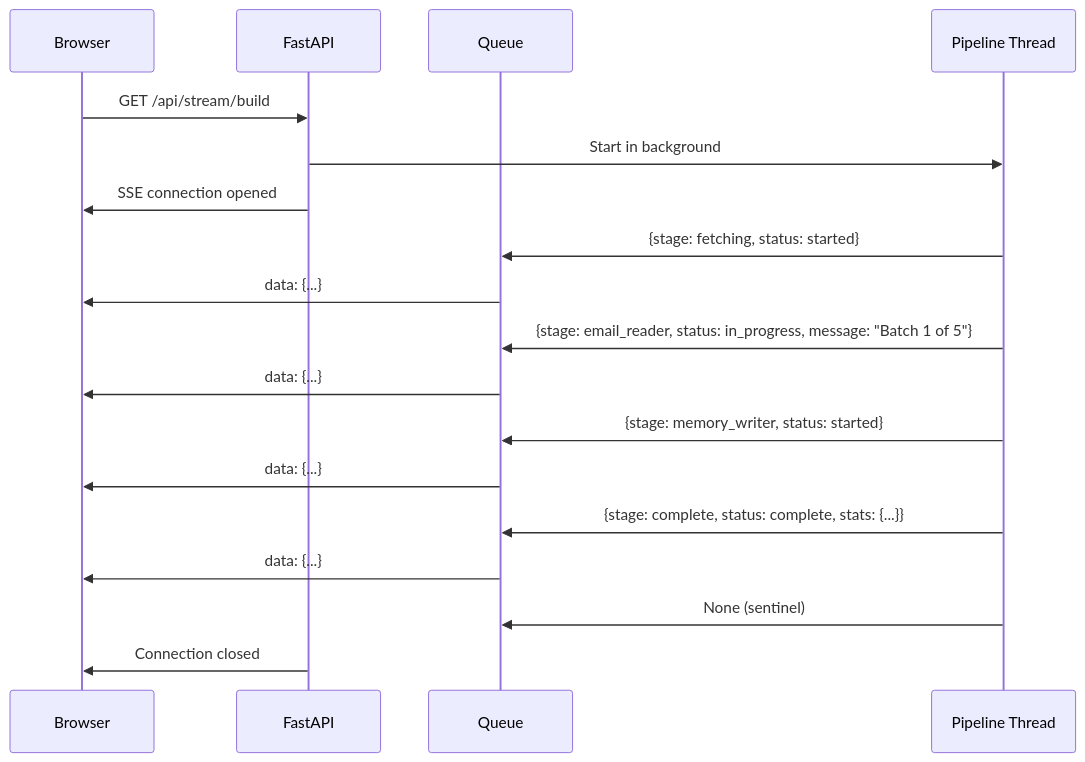
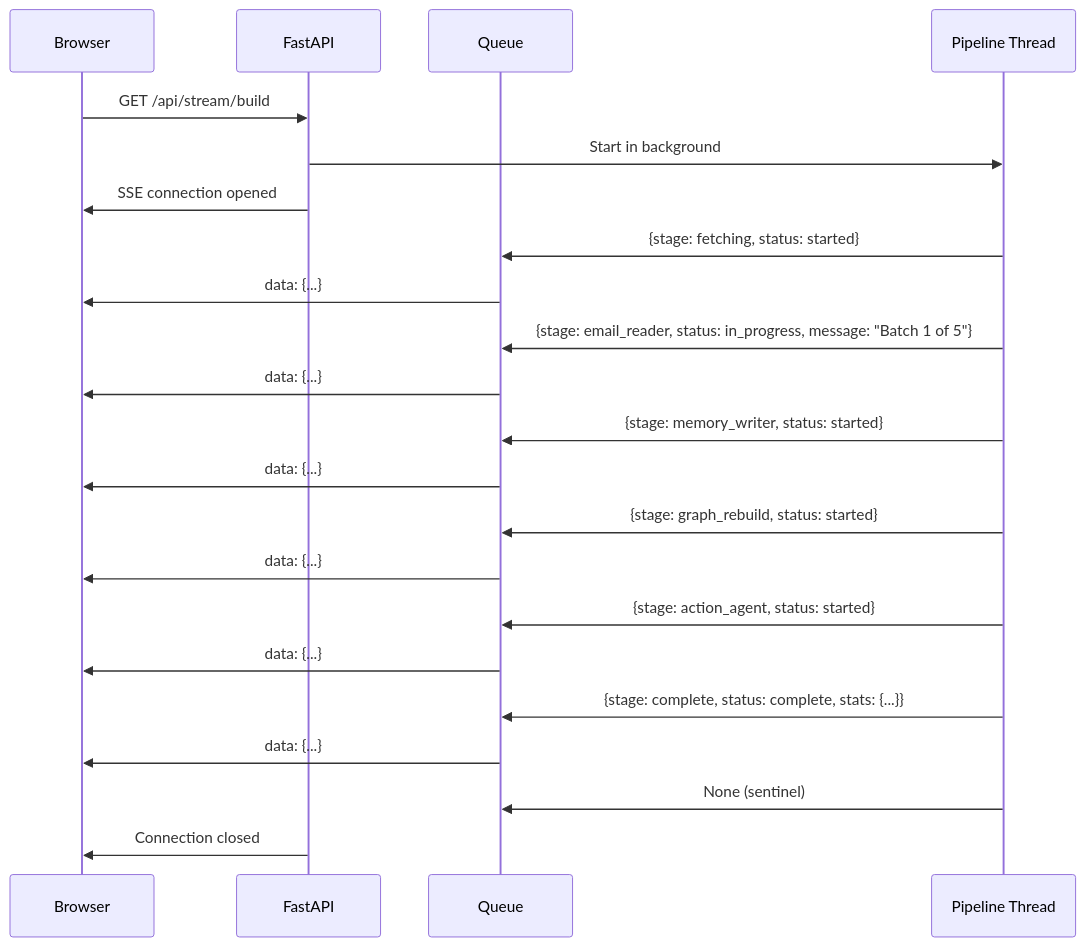
Before and after one commit to ifeanyi-okafor/email-memory-agent: the first of 2 diagrams in docs/event-flow.md, drawn with Mermaid. The commit also changed other lines of this file and 7 other files, not shown here.

First line of the commit message:
Update docs for Action Required + Knowledge Graph feature

````diff
--- a/docs/event-flow.md
+++ b/docs/event-flow.md
@@ -7,26 +7,32 @@
 ```mermaid
 sequenceDiagram
     participant Browser
     participant FastAPI
     participant Queue
     participant Pipeline Thread
 
     Browser->>FastAPI: GET /api/stream/build
     FastAPI->>Pipeline Thread: Start in background
     FastAPI->>Browser: SSE connection opened
 
     Pipeline Thread->>Queue: {stage: fetching, status: started}
     Queue->>Browser: data: {...}
 
     Pipeline Thread->>Queue: {stage: email_reader, status: in_progress, message: "Batch 1 of 5"}
     Queue->>Browser: data: {...}
 
     Pipeline Thread->>Queue: {stage: memory_writer, status: started}
     Queue->>Browser: data: {...}
 
+    Pipeline Thread->>Queue: {stage: graph_rebuild, status: started}
+    Queue->>Browser: data: {...}
+
+    Pipeline Thread->>Queue: {stage: action_agent, status: started}
+    Queue->>Browser: data: {...}
+
     Pipeline Thread->>Queue: {stage: complete, status: complete, stats: {...}}
     Queue->>Browser: data: {...}
 
     Pipeline Thread->>Queue: None (sentinel)
     FastAPI->>Browser: Connection closed
 ```
````
